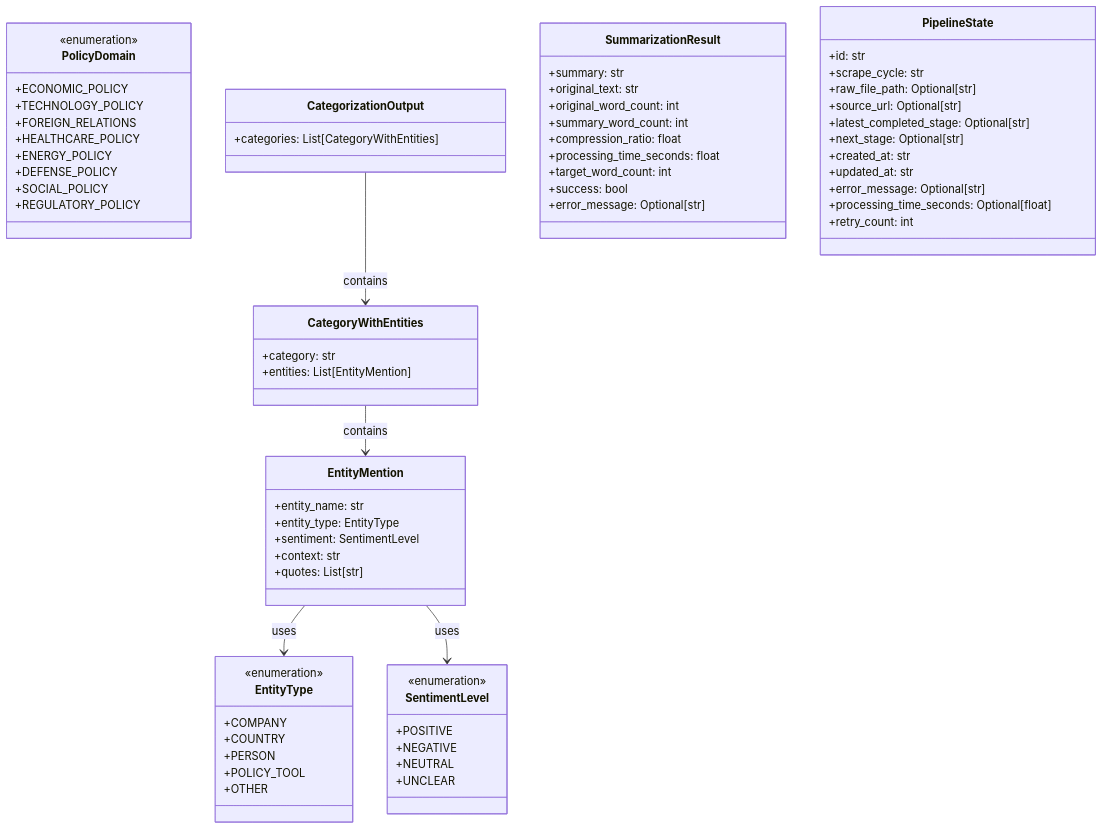
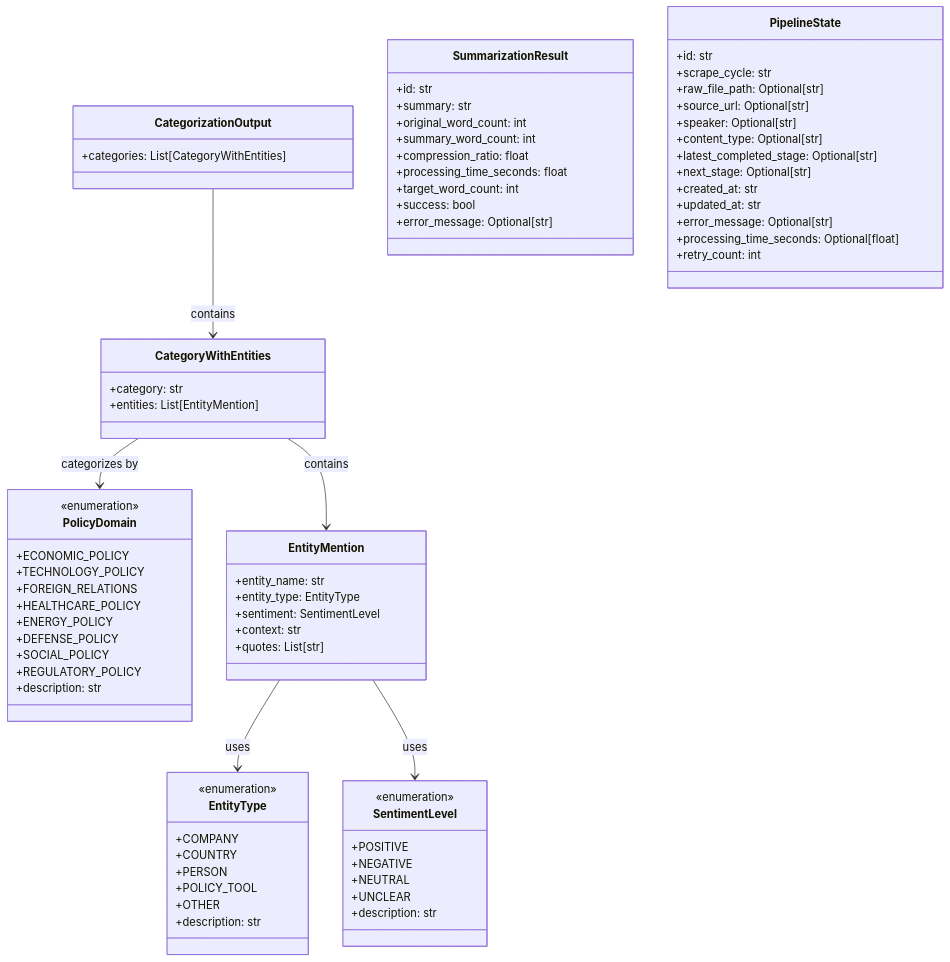
The third of 3 diagrams in documentation/architecture.md (dmitriyratu/DiscourseKG), drawn with Mermaid before and after one commit. The commit also changed other lines of this file, not shown here.

First line of the commit message:
refactor: enhance architecture documentation and clarify processing stages

````diff
--- a/documentation/architecture.md
+++ b/documentation/architecture.md
@@ -123,6 +147,7 @@
         +DEFENSE_POLICY
         +SOCIAL_POLICY
         +REGULATORY_POLICY
+        +description: str
     }
     
     class EntityType {
@@ -132,6 +157,7 @@
         +PERSON
         +POLICY_TOOL
         +OTHER
+        +description: str
     }
     
     class SentimentLevel {
@@ -140,6 +166,7 @@
         +NEGATIVE
         +NEUTRAL
         +UNCLEAR
+        +description: str
     }
     
     class EntityMention {
@@ -160,8 +187,8 @@
     }
     
     class SummarizationResult {
+        +id: str
         +summary: str
-        +original_text: str
         +original_word_count: int
         +summary_word_count: int
         +compression_ratio: float
@@ -176,6 +203,8 @@
         +scrape_cycle: str
         +raw_file_path: Optional[str]
         +source_url: Optional[str]
+        +speaker: Optional[str]
+        +content_type: Optional[str]
         +latest_completed_stage: Optional[str]
         +next_stage: Optional[str]
         +created_at: str
@@ -185,8 +214,9 @@
         +retry_count: int
     }
     
+    CategoryWithEntities --> EntityMention : contains
     CategorizationOutput --> CategoryWithEntities : contains
-    CategoryWithEntities --> EntityMention : contains
     EntityMention --> EntityType : uses
     EntityMention --> SentimentLevel : uses
+    CategoryWithEntities --> PolicyDomain : categorizes by
 ```
````
